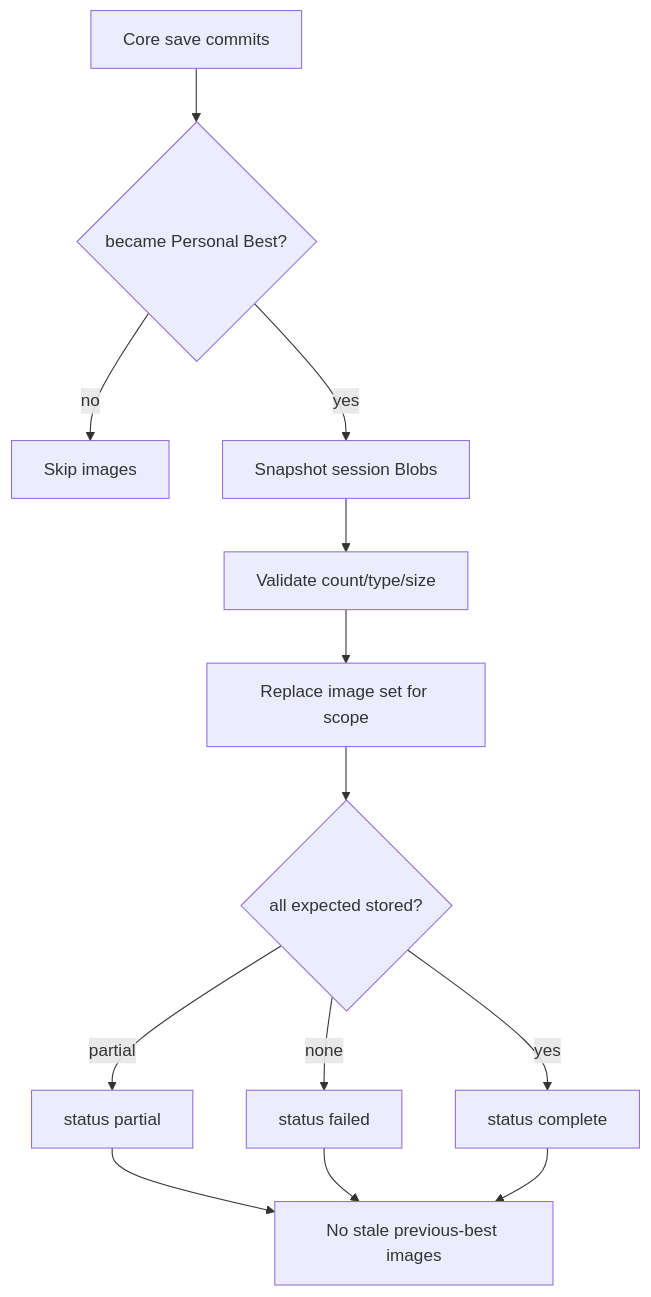
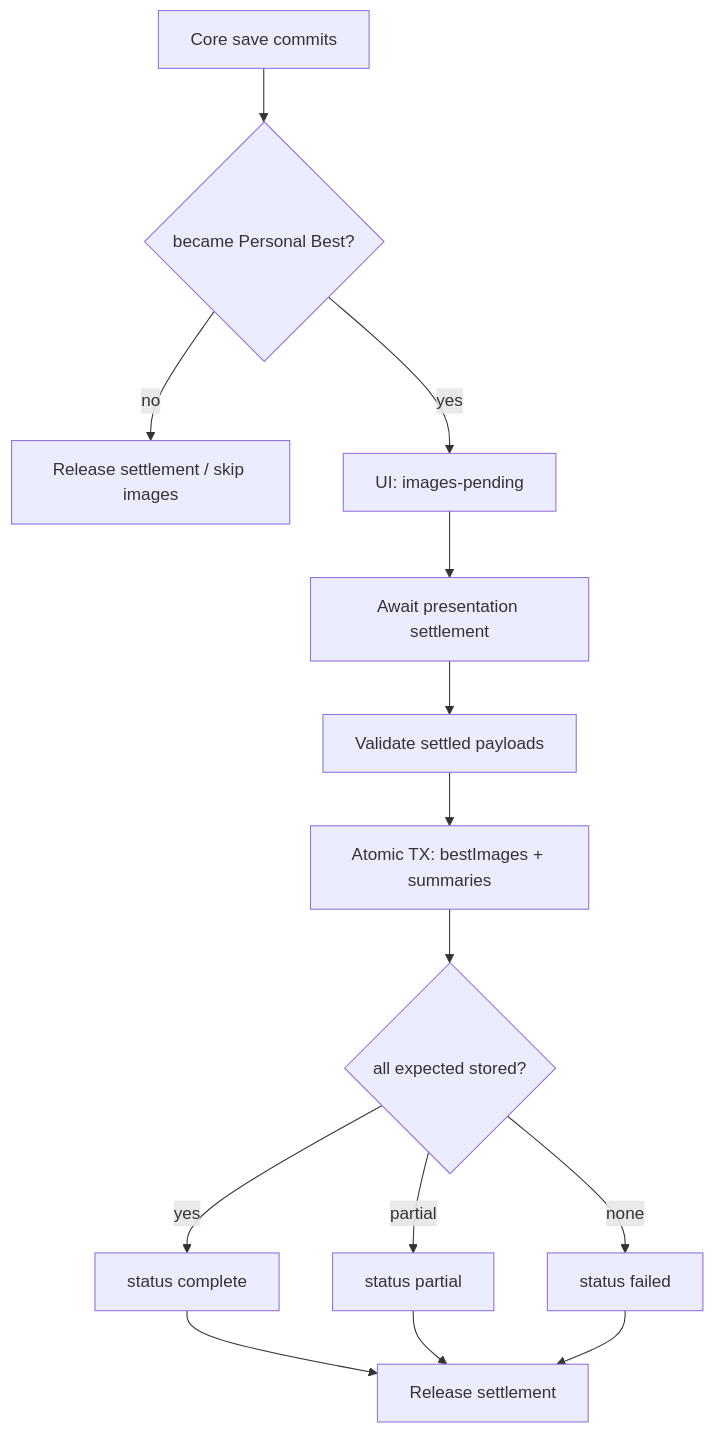
Before and after one commit to AmjadGn/fpv-trainer: the third of 4 diagrams in docs/architecture/v1.3.0-checkpoint-6-mission-persistence.md, drawn with Mermaid. The commit also changed other lines of this file and 20 other files, not shown here.

````diff
--- a/docs/architecture/v1.3.0-checkpoint-6-mission-persistence.md
+++ b/docs/architecture/v1.3.0-checkpoint-6-mission-persistence.md
@@ -127,15 +127,16 @@
 ```mermaid
 flowchart TD
   A[Core save commits] --> B{became Personal Best?}
-  B -->|no| Z[Skip images]
-  B -->|yes| C[Snapshot session Blobs]
-  C --> D[Validate count/type/size]
-  D --> E[Replace image set for scope]
-  E --> F{all expected stored?}
-  F -->|yes| G[status complete]
-  F -->|partial| H[status partial]
-  F -->|none| I[status failed]
-  H --> J[No stale previous-best images]
-  I --> J
-  G --> J
+  B -->|no| Z[Release settlement / skip images]
+  B -->|yes| C[UI: images-pending]
+  C --> D[Await presentation settlement]
+  D --> E[Validate settled payloads]
+  E --> F[Atomic TX: bestImages + summaries]
+  F --> G{all expected stored?}
+  G -->|yes| H[status complete]
+  G -->|partial| I[status partial]
+  G -->|none| J[status failed]
+  H --> K[Release settlement]
+  I --> K
+  J --> K
 ```
````
